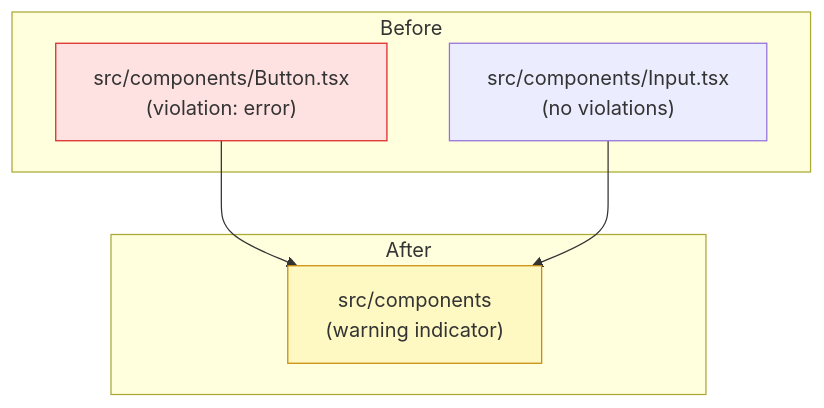
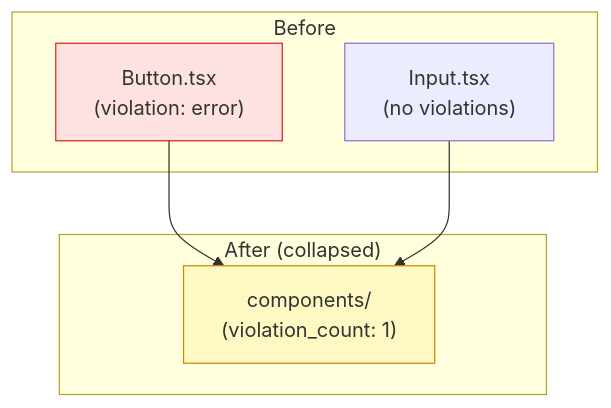
One commit to fisher-89/dependency-cruiser-reporter changed the fourth of 6 diagrams in docs/architecture/aggregation.md. Above: the diagram before and after it, drawn with Mermaid. The commit also changed other lines of this file and 12 other files, not shown here.

````diff
--- a/docs/architecture/aggregation.md
+++ b/docs/architecture/aggregation.md
@@ -84,17 +121,17 @@
 ```mermaid
 flowchart TB
     subgraph Before["Before"]
-        V1["src/components/Button.tsx\n(violation: error)"]
-        V2["src/components/Input.tsx\n(no violations)"]
+        V1["Button.tsx\n(violation: error)"]
+        V2["Input.tsx\n(no violations)"]
     end
 
-    subgraph After["After"]
-        Parent["src/components\n(warning indicator)"]
+    subgraph After["After (collapsed)"]
+        Parent["components/\n(violation_count: 1)"]
     end
 
     V1 --> Parent
     V2 --> Parent
 
     style V1 fill:#fee2e2,stroke:#dc2626
     style Parent fill:#fef9c3,stroke:#ca8a04
 ```
````
